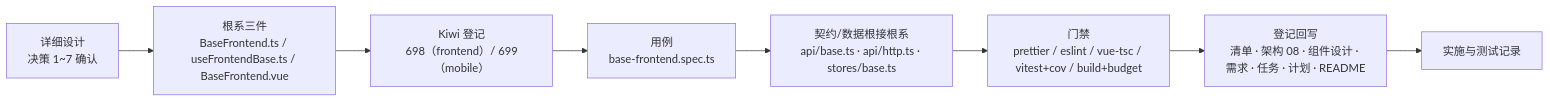
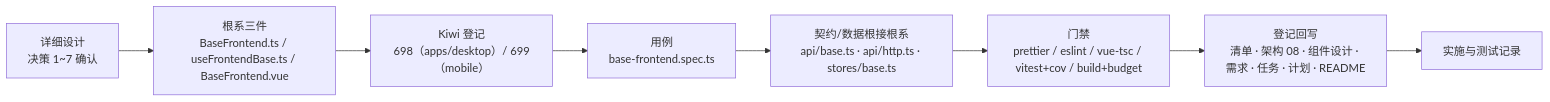
One commit to minjian123/basic-management-system changed the diagram in bms文档/项目/04_前端组件库/任务/02_基础组件类/02_基础组件类_01_根系基类/实施/01_实施_01_根系基类.md. Above: the diagram before and after it, drawn with Mermaid. The commit also changed other lines of this file and 293 other files, not shown here.

````diff
--- a/bms文档/项目/04_前端组件库/任务/02_基础组件类/02_基础组件类_01_根系基类/实施/01_实施_01_根系基类.md
+++ b/bms文档/项目/04_前端组件库/任务/02_基础组件类/02_基础组件类_01_根系基类/实施/01_实施_01_根系基类.md
@@ -22,10 +22,10 @@
 ```mermaid
 flowchart LR
     D["详细设计<br/>决策 1~7 确认"] --> C["根系三件<br/>BaseFrontend.ts / useFrontendBase.ts / BaseFrontend.vue"]
-    C --> K["Kiwi 登记<br/>698（frontend）/ 699（mobile）"]
+    C --> K["Kiwi 登记<br/>698（apps/desktop）/ 699（mobile）"]
     K --> T["用例<br/>base-frontend.spec.ts"]
     T --> R["契约/数据根接根系<br/>api/base.ts · api/http.ts · stores/base.ts"]
     R --> G["门禁<br/>prettier / eslint / vue-tsc / vitest+cov / build+budget"]
     G --> W["登记回写<br/>清单 · 架构 08 · 组件设计 · 需求 · 任务 · 计划 · README"]
     W --> L["实施与测试记录"]
 ```
````
